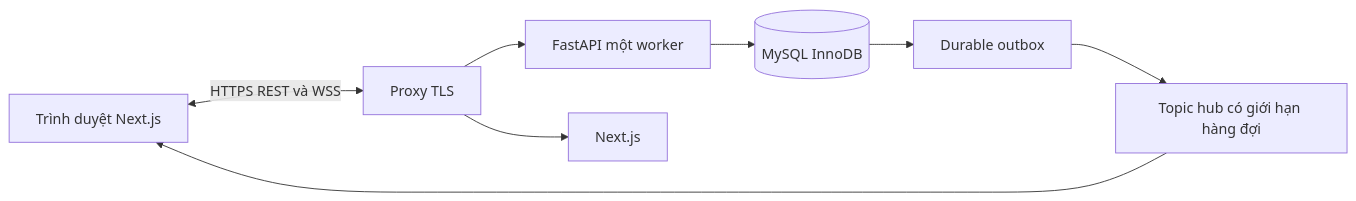
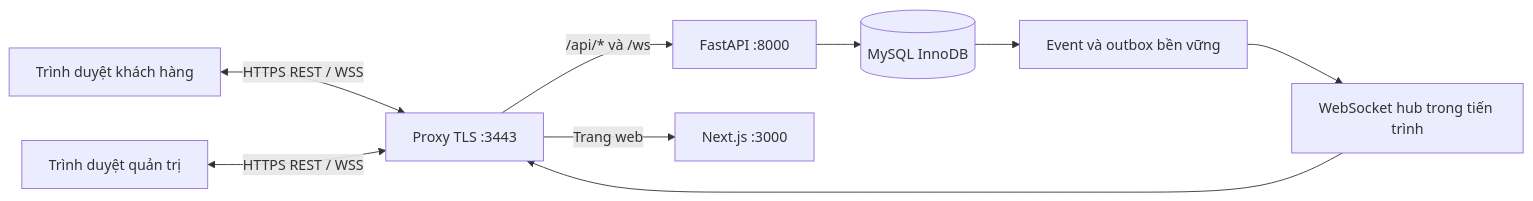
Before and after one commit to theycallmeheng/RealtimeOrders: the diagram in README.md, drawn with Mermaid. The commit also changed other lines of this file and 272 other files, not shown here.

````diff
--- a/README.md
+++ b/README.md
@@ -45,10 +54,11 @@
 ```mermaid
 flowchart LR
-  C[Trình duyệt Next.js] <-->|HTTPS REST và WSS| P[Proxy TLS]
-  P --> F[FastAPI một worker]
-  P --> N[Next.js]
+  C[Trình duyệt khách hàng] <-->|HTTPS REST / WSS| P[Proxy TLS :3443]
+  A[Trình duyệt quản trị] <-->|HTTPS REST / WSS| P
+  P -->|/api/* và /ws| F[FastAPI :8000]
+  P -->|Trang web| N[Next.js :3000]
   F --> D[(MySQL InnoDB)]
-  D --> O[Durable outbox]
-  O --> H[Topic hub có giới hạn hàng đợi]
-  H --> C
+  D --> O[Event và outbox bền vững]
+  O --> H[WebSocket hub trong tiến trình]
+  H --> P
 ```
````
